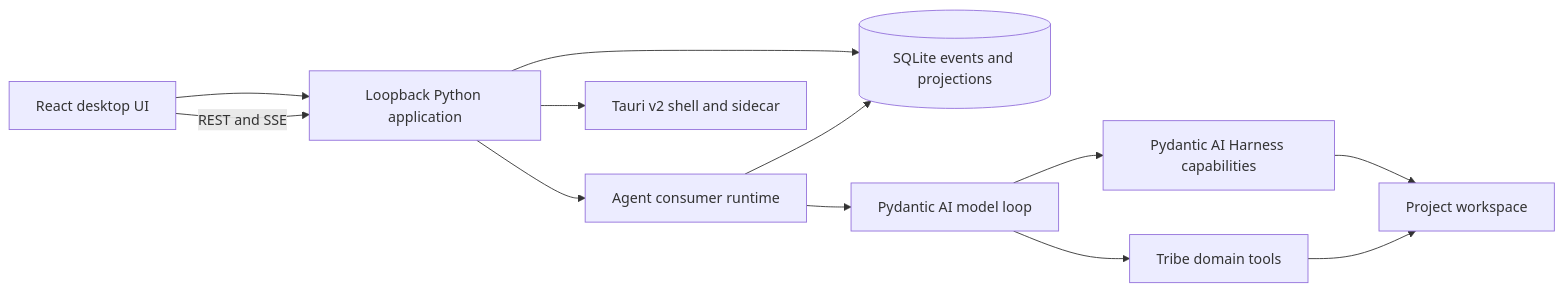
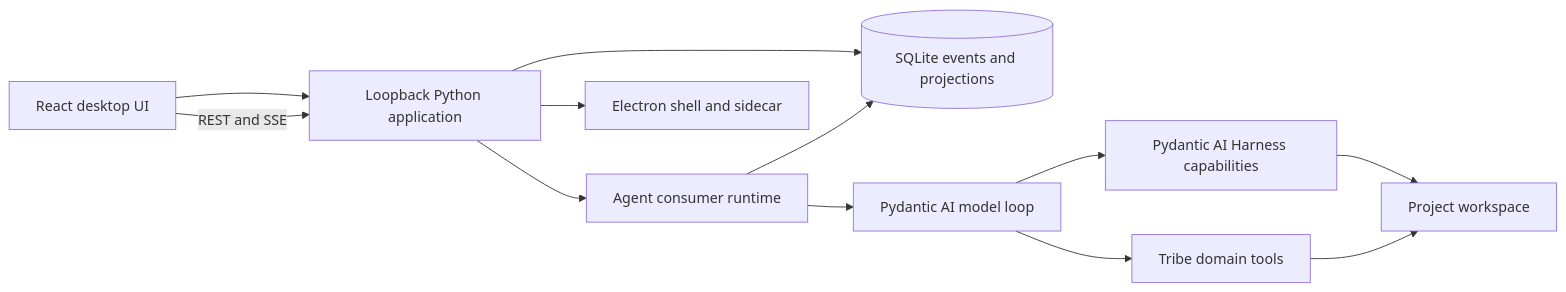
One commit to Diagramotion/Tribe changed the diagram in docs/parity-roadmap.md. Above: the diagram before and after it, drawn with Mermaid. The commit also changed 52 other files, not shown here.

````diff
--- a/docs/parity-roadmap.md
+++ b/docs/parity-roadmap.md
@@ -9,14 +9,14 @@
 ```mermaid
 flowchart LR
   UI[React desktop UI] --> API[Loopback Python application]
   API --> Store[(SQLite events and projections)]
   API --> Runtime[Agent consumer runtime]
   Runtime --> PAI[Pydantic AI model loop]
   PAI --> Harness[Pydantic AI Harness capabilities]
   PAI --> Tribe[Tribe domain tools]
   Harness --> Repo[Project workspace]
   Tribe --> Repo
   Runtime --> Store
   UI -->|REST and SSE| API
-  API --> Native[Tauri v2 shell and sidecar]
+  API --> Native[Electron shell and sidecar]
 ```
````
